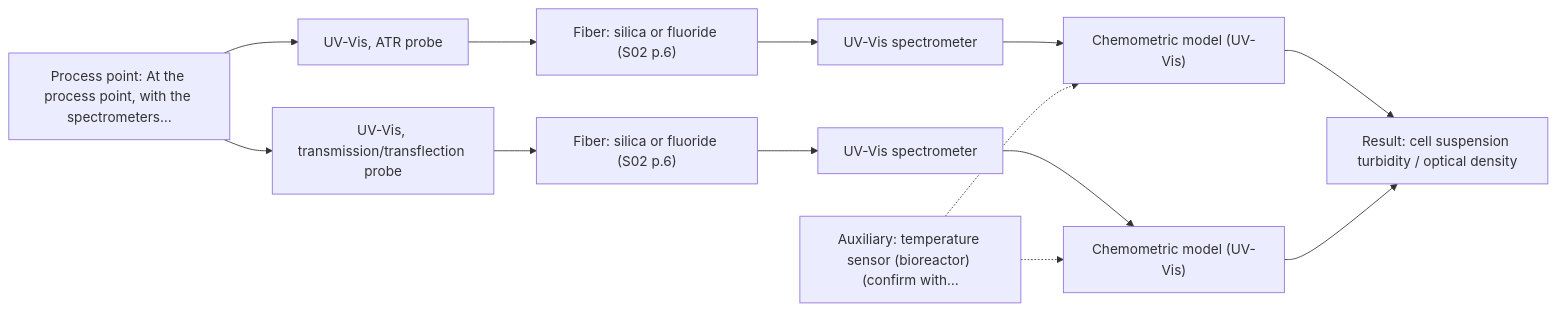
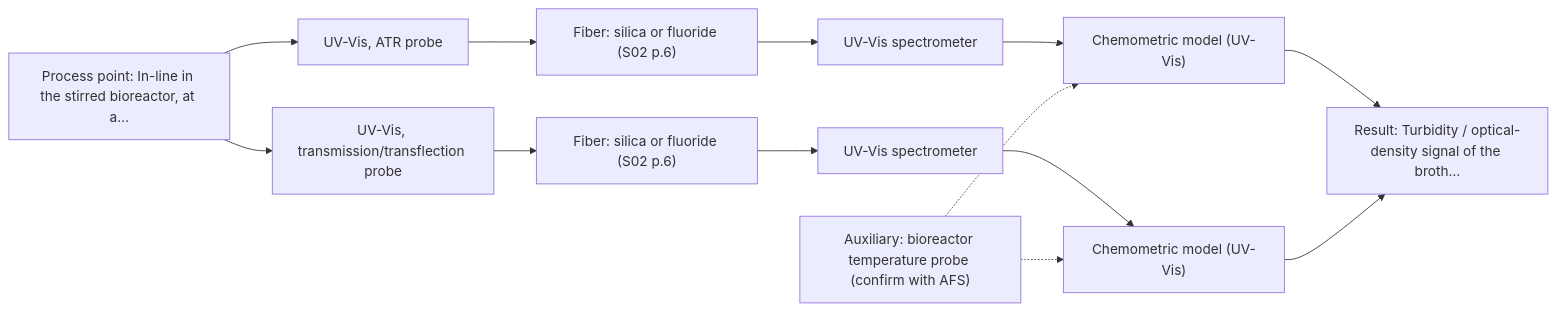
One commit to sleipnir029/Afs-Spectroscopy-Assistant changed the first of 2 diagrams in outputs/adversarial/A04.md. Above: the diagram before and after it, drawn with Mermaid. The commit also changed other lines of this file and 41 other files, not shown here.

````diff
--- a/outputs/adversarial/A04.md
+++ b/outputs/adversarial/A04.md
@@ -38,26 +38,26 @@
 ```mermaid
 flowchart LR
-    proc["Process point: At the process point, with the spectrometers…"]
+    proc["Process point: In-line in the stirred bioreactor, at a…"]
     probe1["UV-Vis, ATR probe"]
     fiber1["Fiber: silica or fluoride (S02 p.6)"]
     spec1["UV-Vis spectrometer"]
     model1["Chemometric model (UV-Vis)"]
     probe2["UV-Vis, transmission/transflection probe"]
     fiber2["Fiber: silica or fluoride (S02 p.6)"]
     spec2["UV-Vis spectrometer"]
     model2["Chemometric model (UV-Vis)"]
-    result["Result: cell suspension turbidity / optical density"]
-    aux1["Auxiliary: temperature sensor (bioreactor) (confirm with…"]
+    result["Result: Turbidity / optical-density signal of the broth…"]
+    aux1["Auxiliary: bioreactor temperature probe (confirm with AFS)"]
     proc --> probe1
     probe1 --> fiber1
     fiber1 --> spec1
     spec1 --> model1
     proc --> probe2
     probe2 --> fiber2
     fiber2 --> spec2
     spec2 --> model2
     model1 --> result
     model2 --> result
     aux1 -.-> model1
     aux1 -.-> model2
 ```
````
